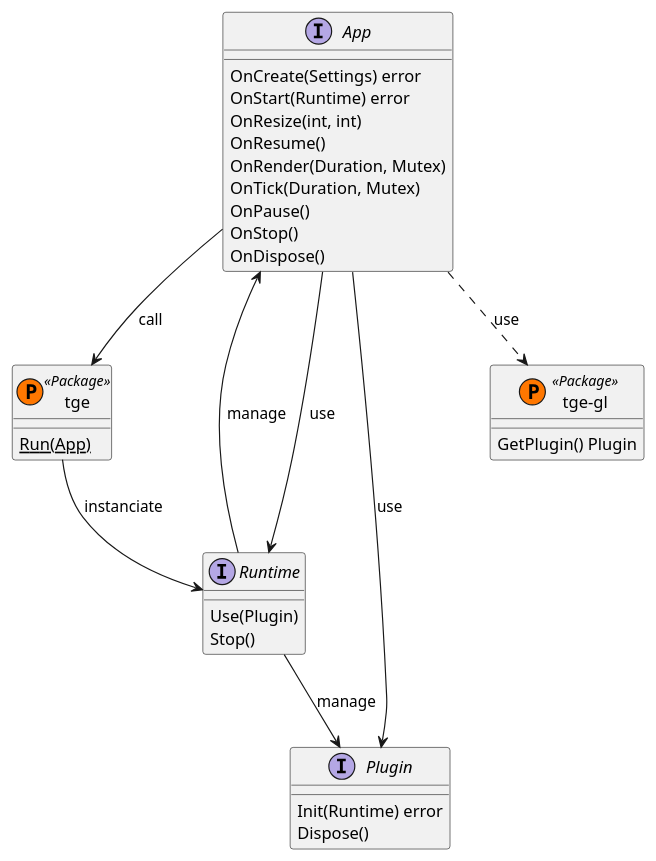
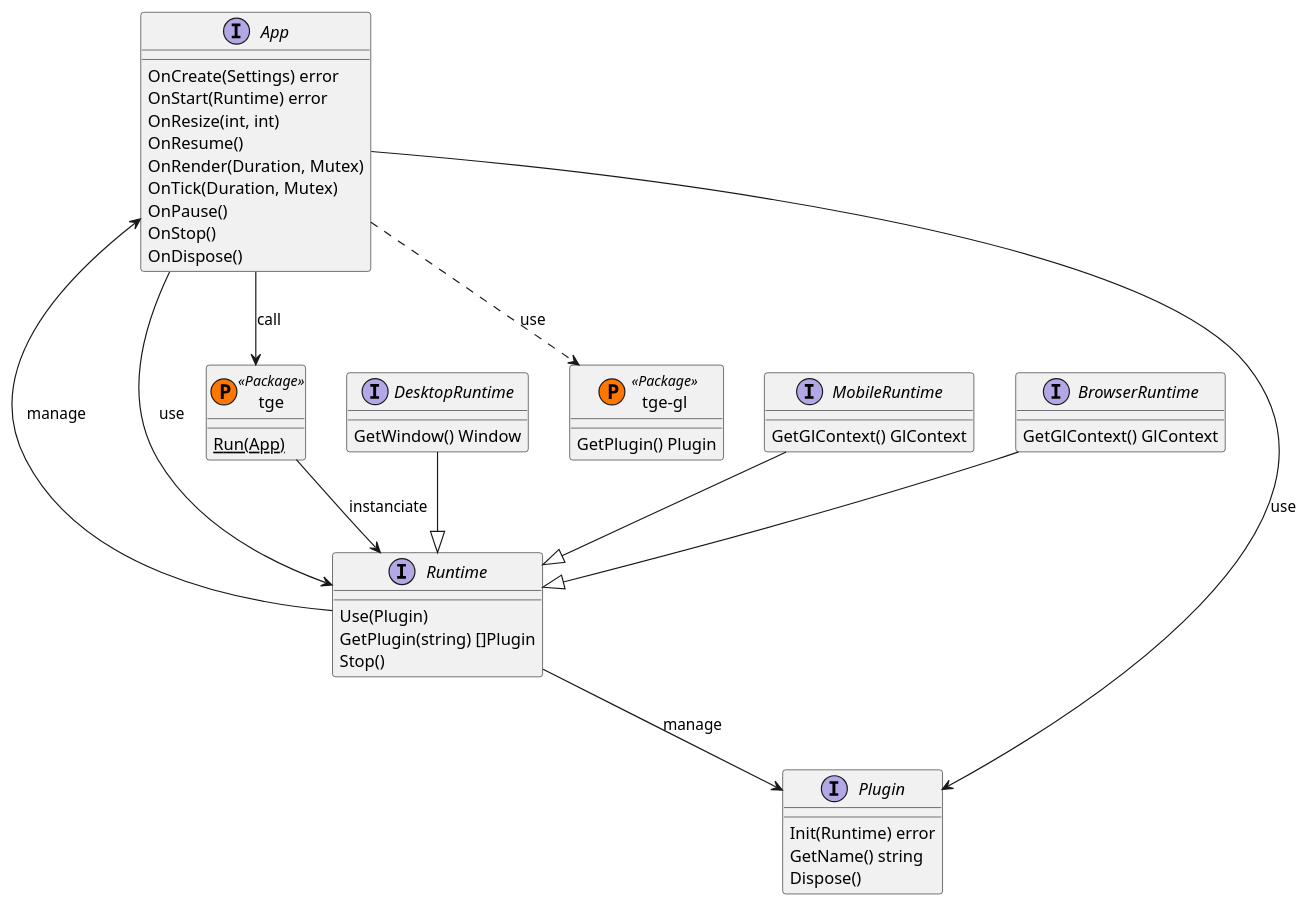
One commit to Thommil/tge changed the diagram in specs/api.puml. Above: the diagram before and after it, drawn with PlantUML. The commit also changed 7 other files, not shown here.

```diff
--- a/specs/api.puml
+++ b/specs/api.puml
@@ -2,43 +2,61 @@
 @startuml API
 ' Components
 interface App {
     OnCreate(Settings) error
     OnStart(Runtime) error
     OnResize(int, int)
     OnResume()
     OnRender(Duration, Mutex)
     OnTick(Duration, Mutex)
     OnPause()
     OnStop()
     OnDispose()
 }
 
 class tge << (P,#FF7700) Package >> {
     {static} Run(App)
 }
 
 interface Runtime {
     Use(Plugin)
+    GetPlugin(string) []Plugin
     Stop()
+}
+
+interface DesktopRuntime {
+    GetWindow() Window
+}
+
+interface MobileRuntime {
+    GetGlContext() GlContext
+}
+
+interface BrowserRuntime {
+    GetGlContext() GlContext
 }
 
 interface Plugin{    
     Init(Runtime) error
+    GetName() string
     Dispose()
 }
 
 class "tge-gl" << (P,#FF7700) Package >> {
     GetPlugin() Plugin
 }
 
 ' Relations
 App --> tge : call
 tge --> Runtime : instanciate
 App <-- Runtime : manage
 App --> Runtime : use
 App --> Plugin : use
 Runtime --> Plugin : manage
 
+DesktopRuntime --|> Runtime
+MobileRuntime --|> Runtime
+BrowserRuntime --|> Runtime
+
 App ..> "tge-gl" : use
 
 @enduml
```
